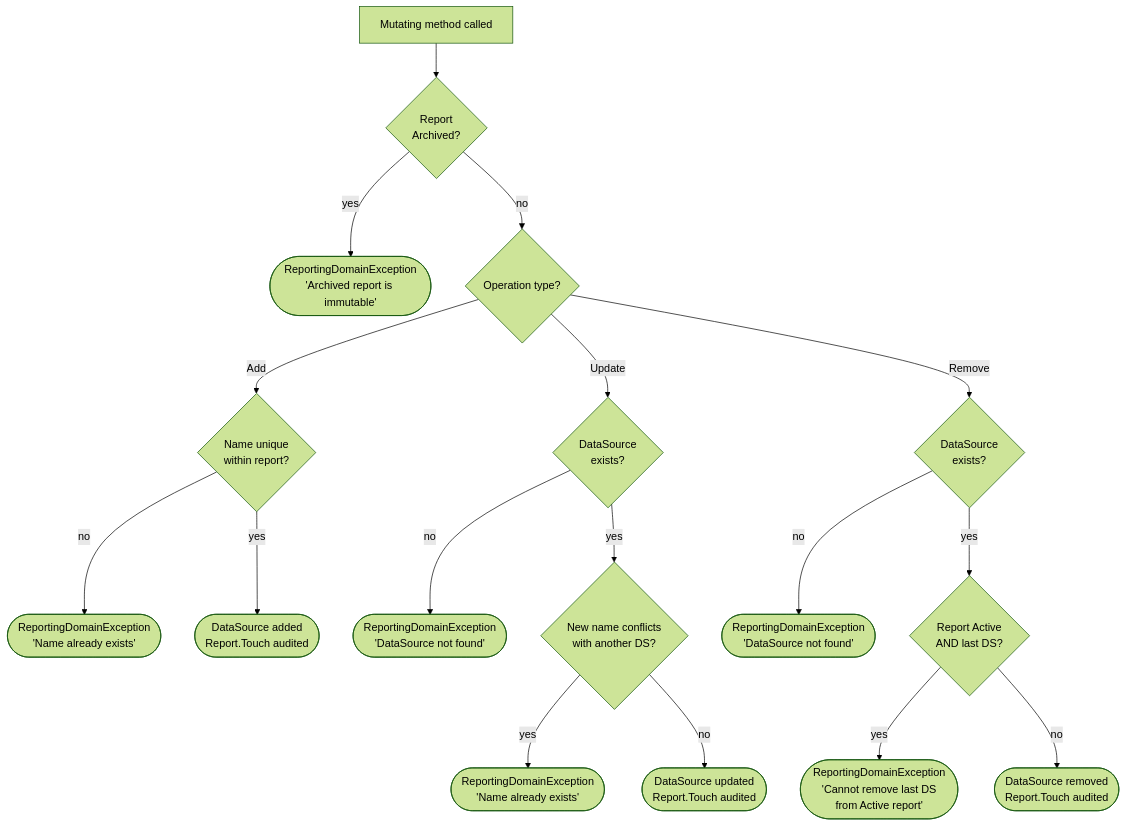
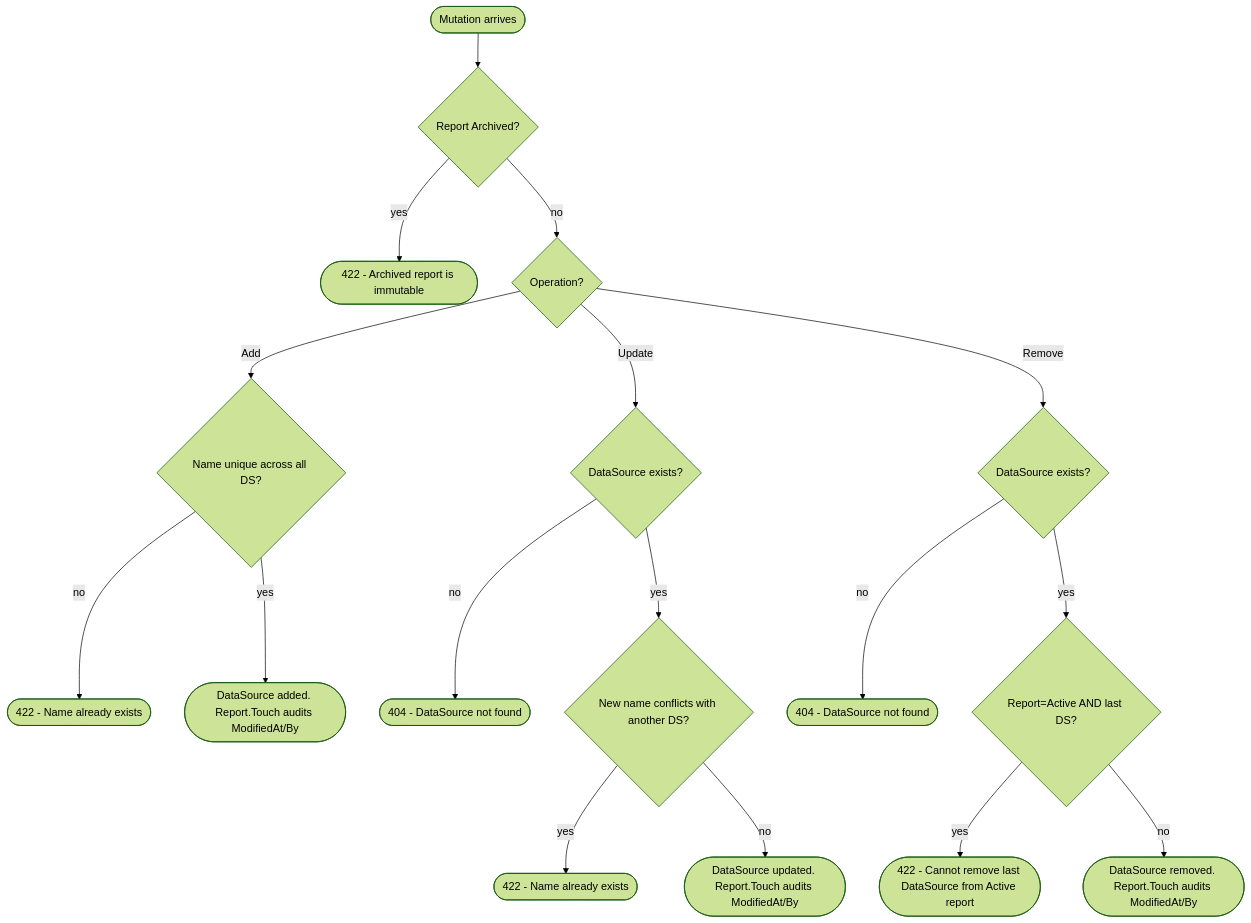
Before and after one commit to WikornAT/ReportEngine: the fourth of 6 diagrams in README.md, drawn with Mermaid (forest theme). The commit also changed other lines of this file and 64 other files, not shown here.

````diff
--- a/README.md
+++ b/README.md
@@ -260,23 +249,22 @@
 ```mermaid
 flowchart TD
-    A[Mutating method called] --> B{Report\nArchived?}
-    B -- yes --> ERR1([ReportingDomainException\n'Archived report is immutable'])
+    START([Mutation arrives]) --> ARCH{Report Archived?}
+    ARCH -- yes --> E1([422 - Archived report is immutable])
+    ARCH -- no  --> OP{Operation?}
 
-    B -- no --> C{Operation type?}
+    OP -- Add --> U1{Name unique across all DS?}
+    U1 -- no  --> E2([422 - Name already exists])
+    U1 -- yes --> OK1([DataSource added. Report.Touch audits ModifiedAt/By])
 
-    C -- Add --> D{Name unique\nwithin report?}
-    D -- no --> ERR2([ReportingDomainException\n'Name already exists'])
-    D -- yes --> OK1([DataSource added\nReport.Touch audited])
+    OP -- Update --> X1{DataSource exists?}
+    X1 -- no  --> E3([404 - DataSource not found])
+    X1 -- yes --> U2{New name conflicts with another DS?}
+    U2 -- yes --> E4([422 - Name already exists])
+    U2 -- no  --> OK2([DataSource updated. Report.Touch audits ModifiedAt/By])
 
-    C -- Update --> E{DataSource\nexists?}
-    E -- no --> ERR3([ReportingDomainException\n'DataSource not found'])
-    E -- yes --> F{New name conflicts\nwith another DS?}
-    F -- yes --> ERR4([ReportingDomainException\n'Name already exists'])
-    F -- no --> OK2([DataSource updated\nReport.Touch audited])
-
-    C -- Remove --> G{DataSource\nexists?}
-    G -- no --> ERR5([ReportingDomainException\n'DataSource not found'])
-    G -- yes --> H{Report Active\nAND last DS?}
-    H -- yes --> ERR6([ReportingDomainException\n'Cannot remove last DS\nfrom Active report'])
-    H -- no --> OK3([DataSource removed\nReport.Touch audited])
+    OP -- Remove --> X2{DataSource exists?}
+    X2 -- no  --> E5([404 - DataSource not found])
+    X2 -- yes --> LAST{Report=Active AND last DS?}
+    LAST -- yes --> E6([422 - Cannot remove last DataSource from Active report])
+    LAST -- no  --> OK3([DataSource removed. Report.Touch audits ModifiedAt/By])
 ```
````
